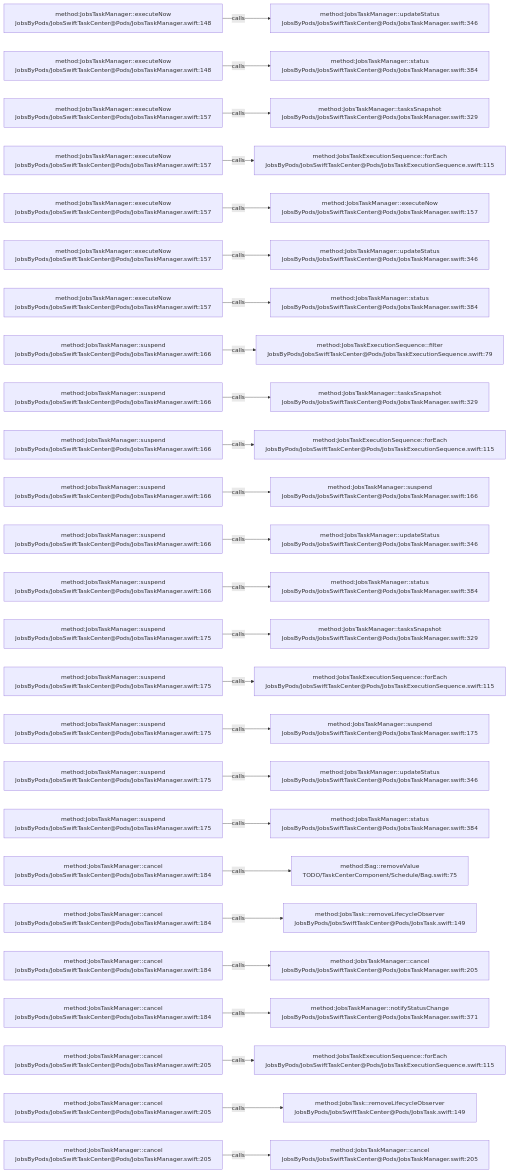
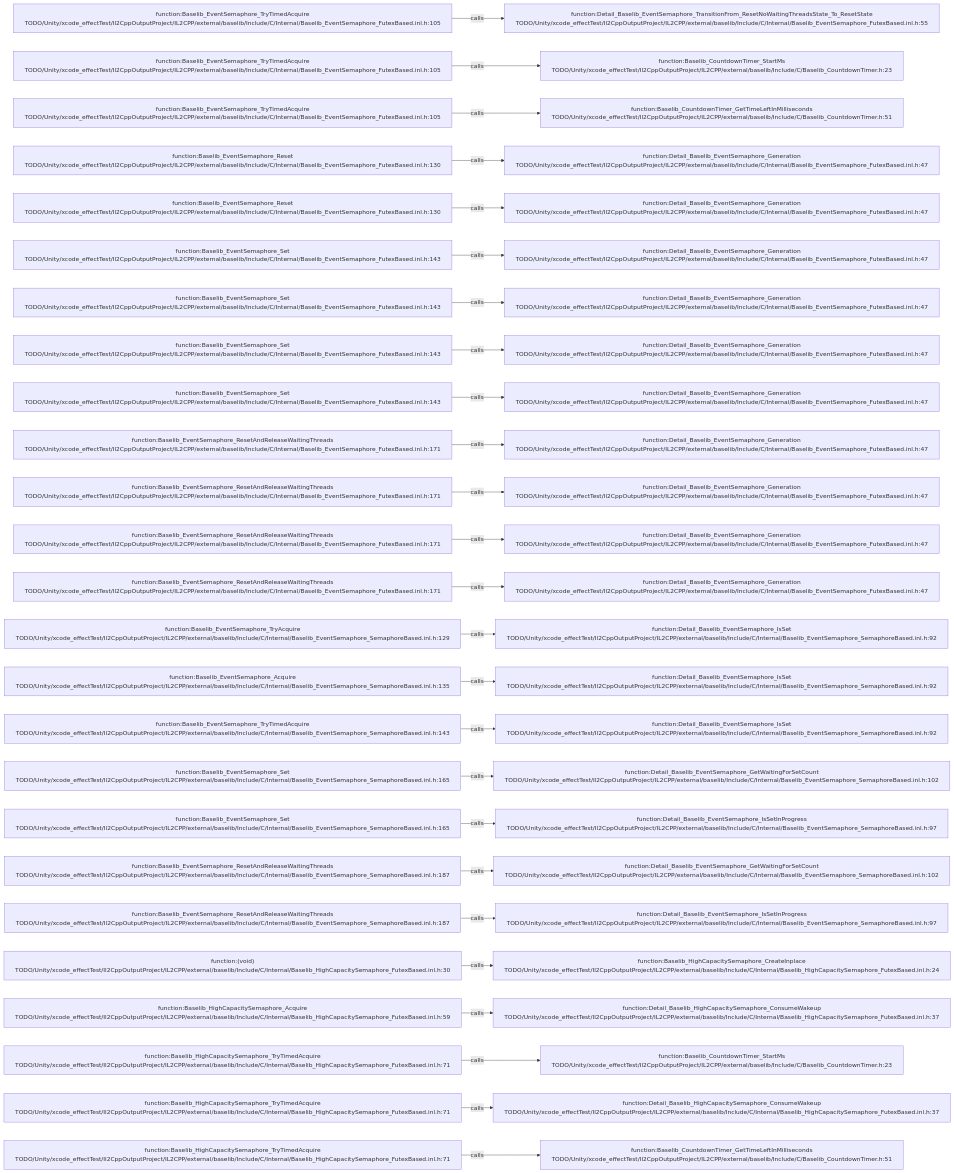
One commit to JobsKits/JobsSwiftBaseConfigDemo changed the diagram in .codegraph/codegraph.md/graphs/calls-056.md. Above: the diagram before and after it, drawn with Mermaid. The commit also changed 227 other files, not shown here.

````diff
--- a/.codegraph/codegraph.md/graphs/calls-056.md
+++ b/.codegraph/codegraph.md/graphs/calls-056.md
@@ -13,78 +13,78 @@
 ```mermaid
 flowchart LR
-  S1["method:JobsTaskManager::executeNow<br/>JobsByPods/JobsSwiftTaskCenter@Pods/JobsTaskManager.swift:148"]
-  T1["method:JobsTaskManager::updateStatus<br/>JobsByPods/JobsSwiftTaskCenter@Pods/JobsTaskManager.swift:346"]
+  S1["function:Baselib_EventSemaphore_TryTimedAcquire<br/>TODO/Unity/xcode_effectTest/Il2CppOutputProject/IL2CPP/external/baselib/Include/C/Internal/Baselib_EventSemaphore_FutexBased.inl.h:105"]
+  T1["function:Detail_Baselib_EventSemaphore_TransitionFrom_ResetNoWaitingThreadsState_To_ResetState<br/>TODO/Unity/xcode_effectTest/Il2CppOutputProject/IL2CPP/external/baselib/Include/C/Internal/Baselib_EventSemaphore_FutexBased.inl.h:55"]
   S1 -->|calls| T1
-  S2["method:JobsTaskManager::executeNow<br/>JobsByPods/JobsSwiftTaskCenter@Pods/JobsTaskManager.swift:148"]
-  T2["method:JobsTaskManager::status<br/>JobsByPods/JobsSwiftTaskCenter@Pods/JobsTaskManager.swift:384"]
+  S2["function:Baselib_EventSemaphore_TryTimedAcquire<br/>TODO/Unity/xcode_effectTest/Il2CppOutputProject/IL2CPP/external/baselib/Include/C/Internal/Baselib_EventSemaphore_FutexBased.inl.h:105"]
+  T2["function:Baselib_CountdownTimer_StartMs<br/>TODO/Unity/xcode_effectTest/Il2CppOutputProject/IL2CPP/external/baselib/Include/C/Baselib_CountdownTimer.h:23"]
   S2 -->|calls| T2
-  S3["method:JobsTaskManager::executeNow<br/>JobsByPods/JobsSwiftTaskCenter@Pods/JobsTaskManager.swift:157"]
-  T3["method:JobsTaskManager::tasksSnapshot<br/>JobsByPods/JobsSwiftTaskCenter@Pods/JobsTaskManager.swift:329"]
+  S3["function:Baselib_EventSemaphore_TryTimedAcquire<br/>TODO/Unity/xcode_effectTest/Il2CppOutputProject/IL2CPP/external/baselib/Include/C/Internal/Baselib_EventSemaphore_FutexBased.inl.h:105"]
+  T3["function:Baselib_CountdownTimer_GetTimeLeftInMilliseconds<br/>TODO/Unity/xcode_effectTest/Il2CppOutputProject/IL2CPP/external/baselib/Include/C/Baselib_CountdownTimer.h:51"]
   S3 -->|calls| T3
-  S4["method:JobsTaskManager::executeNow<br/>JobsByPods/JobsSwiftTaskCenter@Pods/JobsTaskManager.swift:157"]
-  T4["method:JobsTaskExecutionSequence::forEach<br/>JobsByPods/JobsSwiftTaskCenter@Pods/JobsTaskExecutionSequence.swift:115"]
+  S4["function:Baselib_EventSemaphore_Reset<br/>TODO/Unity/xcode_effectTest/Il2CppOutputProject/IL2CPP/external/baselib/Include/C/Internal/Baselib_EventSemaphore_FutexBased.inl.h:130"]
+  T4["function:Detail_Baselib_EventSemaphore_Generation<br/>TODO/Unity/xcode_effectTest/Il2CppOutputProject/IL2CPP/external/baselib/Include/C/Internal/Baselib_EventSemaphore_FutexBased.inl.h:47"]
   S4 -->|calls| T4
-  S5["method:JobsTaskManager::executeNow<br/>JobsByPods/JobsSwiftTaskCenter@Pods/JobsTaskManager.swift:157"]
-  T5["method:JobsTaskManager::executeNow<br/>JobsByPods/JobsSwiftTaskCenter@Pods/JobsTaskManager.swift:157"]
+  S5["function:Baselib_EventSemaphore_Reset<br/>TODO/Unity/xcode_effectTest/Il2CppOutputProject/IL2CPP/external/baselib/Include/C/Internal/Baselib_EventSemaphore_FutexBased.inl.h:130"]
+  T5["function:Detail_Baselib_EventSemaphore_Generation<br/>TODO/Unity/xcode_effectTest/Il2CppOutputProject/IL2CPP/external/baselib/Include/C/Internal/Baselib_EventSemaphore_FutexBased.inl.h:47"]
   S5 -->|calls| T5
-  S6["method:JobsTaskManager::executeNow<br/>JobsByPods/JobsSwiftTaskCenter@Pods/JobsTaskManager.swift:157"]
-  T6["method:JobsTaskManager::updateStatus<br/>JobsByPods/JobsSwiftTaskCenter@Pods/JobsTaskManager.swift:346"]
+  S6["function:Baselib_EventSemaphore_Set<br/>TODO/Unity/xcode_effectTest/Il2CppOutputProject/IL2CPP/external/baselib/Include/C/Internal/Baselib_EventSemaphore_FutexBased.inl.h:143"]
+  T6["function:Detail_Baselib_EventSemaphore_Generation<br/>TODO/Unity/xcode_effectTest/Il2CppOutputProject/IL2CPP/external/baselib/Include/C/Internal/Baselib_EventSemaphore_FutexBased.inl.h:47"]
   S6 -->|calls| T6
-  S7["method:JobsTaskManager::executeNow<br/>JobsByPods/JobsSwiftTaskCenter@Pods/JobsTaskManager.swift:157"]
-  T7["method:JobsTaskManager::status<br/>JobsByPods/JobsSwiftTaskCenter@Pods/JobsTaskManager.swift:384"]
+  S7["function:Baselib_EventSemaphore_Set<br/>TODO/Unity/xcode_effectTest/Il2CppOutputProject/IL2CPP/external/baselib/Include/C/Internal/Baselib_EventSemaphore_FutexBased.inl.h:143"]
+  T7["function:Detail_Baselib_EventSemaphore_Generation<br/>TODO/Unity/xcode_effectTest/Il2CppOutputProject/IL2CPP/external/baselib/Include/C/Internal/Baselib_EventSemaphore_FutexBased.inl.h:47"]
   S7 -->|calls| T7
-  S8["method:JobsTaskManager::suspend<br/>JobsByPods/JobsSwiftTaskCenter@Pods/JobsTaskManager.swift:166"]
-  T8["method:JobsTaskExecutionSequence::filter<br/>JobsByPods/JobsSwiftTaskCenter@Pods/JobsTaskExecutionSequence.swift:79"]
+  S8["function:Baselib_EventSemaphore_Set<br/>TODO/Unity/xcode_effectTest/Il2CppOutputProject/IL2CPP/external/baselib/Include/C/Internal/Baselib_EventSemaphore_FutexBased.inl.h:143"]
+  T8["function:Detail_Baselib_EventSemaphore_Generation<br/>TODO/Unity/xcode_effectTest/Il2CppOutputProject/IL2CPP/external/baselib/Include/C/Internal/Baselib_EventSemaphore_FutexBased.inl.h:47"]
   S8 -->|calls| T8
-  S9["method:JobsTaskManager::suspend<br/>JobsByPods/JobsSwiftTaskCenter@Pods/JobsTaskManager.swift:166"]
-  T9["method:JobsTaskManager::tasksSnapshot<br/>JobsByPods/JobsSwiftTaskCenter@Pods/JobsTaskManager.swift:329"]
+  S9["function:Baselib_EventSemaphore_Set<br/>TODO/Unity/xcode_effectTest/Il2CppOutputProject/IL2CPP/external/baselib/Include/C/Internal/Baselib_EventSemaphore_FutexBased.inl.h:143"]
+  T9["function:Detail_Baselib_EventSemaphore_Generation<br/>TODO/Unity/xcode_effectTest/Il2CppOutputProject/IL2CPP/external/baselib/Include/C/Internal/Baselib_EventSemaphore_FutexBased.inl.h:47"]
   S9 -->|calls| T9
-  S10["method:JobsTaskManager::suspend<br/>JobsByPods/JobsSwiftTaskCenter@Pods/JobsTaskManager.swift:166"]
-  T10["method:JobsTaskExecutionSequence::forEach<br/>JobsByPods/JobsSwiftTaskCenter@Pods/JobsTaskExecutionSequence.swift:115"]
+  S10["function:Baselib_EventSemaphore_ResetAndReleaseWaitingThreads<br/>TODO/Unity/xcode_effectTest/Il2CppOutputProject/IL2CPP/external/baselib/Include/C/Internal/Baselib_EventSemaphore_FutexBased.inl.h:171"]
+  T10["function:Detail_Baselib_EventSemaphore_Generation<br/>TODO/Unity/xcode_effectTest/Il2CppOutputProject/IL2CPP/external/baselib/Include/C/Internal/Baselib_EventSemaphore_FutexBased.inl.h:47"]
   S10 -->|calls| T10
-  S11["method:JobsTaskManager::suspend<br/>JobsByPods/JobsSwiftTaskCenter@Pods/JobsTaskManager.swift:166"]
-  T11["method:JobsTaskManager::suspend<br/>JobsByPods/JobsSwiftTaskCenter@Pods/JobsTaskManager.swift:166"]
+  S11["function:Baselib_EventSemaphore_ResetAndReleaseWaitingThreads<br/>TODO/Unity/xcode_effectTest/Il2CppOutputProject/IL2CPP/external/baselib/Include/C/Internal/Baselib_EventSemaphore_FutexBased.inl.h:171"]
+  T11["function:Detail_Baselib_EventSemaphore_Generation<br/>TODO/Unity/xcode_effectTest/Il2CppOutputProject/IL2CPP/external/baselib/Include/C/Internal/Baselib_EventSemaphore_FutexBased.inl.h:47"]
   S11 -->|calls| T11
-  S12["method:JobsTaskManager::suspend<br/>JobsByPods/JobsSwiftTaskCenter@Pods/JobsTaskManager.swift:166"]
-  T12["method:JobsTaskManager::updateStatus<br/>JobsByPods/JobsSwiftTaskCenter@Pods/JobsTaskManager.swift:346"]
+  S12["function:Baselib_EventSemaphore_ResetAndReleaseWaitingThreads<br/>TODO/Unity/xcode_effectTest/Il2CppOutputProject/IL2CPP/external/baselib/Include/C/Internal/Baselib_EventSemaphore_FutexBased.inl.h:171"]
+  T12["function:Detail_Baselib_EventSemaphore_Generation<br/>TODO/Unity/xcode_effectTest/Il2CppOutputProject/IL2CPP/external/baselib/Include/C/Internal/Baselib_EventSemaphore_FutexBased.inl.h:47"]
   S12 -->|calls| T12
-  S13["method:JobsTaskManager::suspend<br/>JobsByPods/JobsSwiftTaskCenter@Pods/JobsTaskManager.swift:166"]
-  T13["method:JobsTaskManager::status<br/>JobsByPods/JobsSwiftTaskCenter@Pods/JobsTaskManager.swift:384"]
+  S13["function:Baselib_EventSemaphore_ResetAndReleaseWaitingThreads<br/>TODO/Unity/xcode_effectTest/Il2CppOutputProject/IL2CPP/external/baselib/Include/C/Internal/Baselib_EventSemaphore_FutexBased.inl.h:171"]
+  T13["function:Detail_Baselib_EventSemaphore_Generation<br/>TODO/Unity/xcode_effectTest/Il2CppOutputProject/IL2CPP/external/baselib/Include/C/Internal/Baselib_EventSemaphore_FutexBased.inl.h:47"]
   S13 -->|calls| T13
-  S14["method:JobsTaskManager::suspend<br/>JobsByPods/JobsSwiftTaskCenter@Pods/JobsTaskManager.swift:175"]
-  T14["method:JobsTaskManager::tasksSnapshot<br/>JobsByPods/JobsSwiftTaskCenter@Pods/JobsTaskManager.swift:329"]
+  S14["function:Baselib_EventSemaphore_TryAcquire<br/>TODO/Unity/xcode_effectTest/Il2CppOutputProject/IL2CPP/external/baselib/Include/C/Internal/Baselib_EventSemaphore_SemaphoreBased.inl.h:129"]
+  T14["function:Detail_Baselib_EventSemaphore_IsSet<br/>TODO/Unity/xcode_effectTest/Il2CppOutputProject/IL2CPP/external/baselib/Include/C/Internal/Baselib_EventSemaphore_SemaphoreBased.inl.h:92"]
   S14 -->|calls| T14
-  S15["method:JobsTaskManager::suspend<br/>JobsByPods/JobsSwiftTaskCenter@Pods/JobsTaskManager.swift:175"]
-  T15["method:JobsTaskExecutionSequence::forEach<br/>JobsByPods/JobsSwiftTaskCenter@Pods/JobsTaskExecutionSequence.swift:115"]
+  S15["function:Baselib_EventSemaphore_Acquire<br/>TODO/Unity/xcode_effectTest/Il2CppOutputProject/IL2CPP/external/baselib/Include/C/Internal/Baselib_EventSemaphore_SemaphoreBased.inl.h:135"]
+  T15["function:Detail_Baselib_EventSemaphore_IsSet<br/>TODO/Unity/xcode_effectTest/Il2CppOutputProject/IL2CPP/external/baselib/Include/C/Internal/Baselib_EventSemaphore_SemaphoreBased.inl.h:92"]
   S15 -->|calls| T15
-  S16["method:JobsTaskManager::suspend<br/>JobsByPods/JobsSwiftTaskCenter@Pods/JobsTaskManager.swift:175"]
-  T16["method:JobsTaskManager::suspend<br/>JobsByPods/JobsSwiftTaskCenter@Pods/JobsTaskManager.swift:175"]
+  S16["function:Baselib_EventSemaphore_TryTimedAcquire<br/>TODO/Unity/xcode_effectTest/Il2CppOutputProject/IL2CPP/external/baselib/Include/C/Internal/Baselib_EventSemaphore_SemaphoreBased.inl.h:143"]
+  T16["function:Detail_Baselib_EventSemaphore_IsSet<br/>TODO/Unity/xcode_effectTest/Il2CppOutputProject/IL2CPP/external/baselib/Include/C/Internal/Baselib_EventSemaphore_SemaphoreBased.inl.h:92"]
   S16 -->|calls| T16
-  S17["method:JobsTaskManager::suspend<br/>JobsByPods/JobsSwiftTaskCenter@Pods/JobsTaskManager.swift:175"]
-  T17["method:JobsTaskManager::updateStatus<br/>JobsByPods/JobsSwiftTaskCenter@Pods/JobsTaskManager.swift:346"]
+  S17["function:Baselib_EventSemaphore_Set<br/>TODO/Unity/xcode_effectTest/Il2CppOutputProject/IL2CPP/external/baselib/Include/C/Internal/Baselib_EventSemaphore_SemaphoreBased.inl.h:165"]
+  T17["function:Detail_Baselib_EventSemaphore_GetWaitingForSetCount<br/>TODO/Unity/xcode_effectTest/Il2CppOutputProject/IL2CPP/external/baselib/Include/C/Internal/Baselib_EventSemaphore_SemaphoreBased.inl.h:102"]
   S17 -->|calls| T17
-  S18["method:JobsTaskManager::suspend<br/>JobsByPods/JobsSwiftTaskCenter@Pods/JobsTaskManager.swift:175"]
-  T18["method:JobsTaskManager::status<br/>JobsByPods/JobsSwiftTaskCenter@Pods/JobsTaskManager.swift:384"]
+  S18["function:Baselib_EventSemaphore_Set<br/>TODO/Unity/xcode_effectTest/Il2CppOutputProject/IL2CPP/external/baselib/Include/C/Internal/Baselib_EventSemaphore_SemaphoreBased.inl.h:165"]
+  T18["function:Detail_Baselib_EventSemaphore_IsSetInProgress<br/>TODO/Unity/xcode_effectTest/Il2CppOutputProject/IL2CPP/external/baselib/Include/C/Internal/Baselib_EventSemaphore_SemaphoreBased.inl.h:97"]
   S18 -->|calls| T18
-  S19["method:JobsTaskManager::cancel<br/>JobsByPods/JobsSwiftTaskCenter@Pods/JobsTaskManager.swift:184"]
-  T19["method:Bag::removeValue<br/>TODO/TaskCenterComponent/Schedule/Bag.swift:75"]
+  S19["function:Baselib_EventSemaphore_ResetAndReleaseWaitingThreads<br/>TODO/Unity/xcode_effectTest/Il2CppOutputProject/IL2CPP/external/baselib/Include/C/Internal/Baselib_EventSemaphore_SemaphoreBased.inl.h:187"]
+  T19["function:Detail_Baselib_EventSemaphore_GetWaitingForSetCount<br/>TODO/Unity/xcode_effectTest/Il2CppOutputProject/IL2CPP/external/baselib/Include/C/Internal/Baselib_EventSemaphore_SemaphoreBased.inl.h:102"]
   S19 -->|calls| T19
-  S20["method:JobsTaskManager::cancel<br/>JobsByPods/JobsSwiftTaskCenter@Pods/JobsTaskManager.swift:184"]
-  T20["method:JobsTask::removeLifecycleObserver<br/>JobsByPods/JobsSwiftTaskCenter@Pods/JobsTask.swift:149"]
+  S20["function:Baselib_EventSemaphore_ResetAndReleaseWaitingThreads<br/>TODO/Unity/xcode_effectTest/Il2CppOutputProject/IL2CPP/external/baselib/Include/C/Internal/Baselib_EventSemaphore_SemaphoreBased.inl.h:187"]
+  T20["function:Detail_Baselib_EventSemaphore_IsSetInProgress<br/>TODO/Unity/xcode_effectTest/Il2CppOutputProject/IL2CPP/external/baselib/Include/C/Internal/Baselib_EventSemaphore_SemaphoreBased.inl.h:97"]
   S20 -->|calls| T20
-  S21["method:JobsTaskManager::cancel<br/>JobsByPods/JobsSwiftTaskCenter@Pods/JobsTaskManager.swift:184"]
-  T21["method:JobsTaskManager::cancel<br/>JobsByPods/JobsSwiftTaskCenter@Pods/JobsTaskManager.swift:205"]
+  S21["function:(void)<br/>TODO/Unity/xcode_effectTest/Il2CppOutputProject/IL2CPP/external/baselib/Include/C/Internal/Baselib_HighCapacitySemaphore_FutexBased.inl.h:30"]
+  T21["function:Baselib_HighCapacitySemaphore_CreateInplace<br/>TODO/Unity/xcode_effectTest/Il2CppOutputProject/IL2CPP/external/baselib/Include/C/Internal/Baselib_HighCapacitySemaphore_FutexBased.inl.h:24"]
   S21 -->|calls| T21
-  S22["method:JobsTaskManager::cancel<br/>JobsByPods/JobsSwiftTaskCenter@Pods/JobsTaskManager.swift:184"]
-  T22["method:JobsTaskManager::notifyStatusChange<br/>JobsByPods/JobsSwiftTaskCenter@Pods/JobsTaskManager.swift:371"]
+  S22["function:Baselib_HighCapacitySemaphore_Acquire<br/>TODO/Unity/xcode_effectTest/Il2CppOutputProject/IL2CPP/external/baselib/Include/C/Internal/Baselib_HighCapacitySemaphore_FutexBased.inl.h:59"]
+  T22["function:Detail_Baselib_HighCapacitySemaphore_ConsumeWakeup<br/>TODO/Unity/xcode_effectTest/Il2CppOutputProject/IL2CPP/external/baselib/Include/C/Internal/Baselib_HighCapacitySemaphore_FutexBased.inl.h:37"]
   S22 -->|calls| T22
-  S23["method:JobsTaskManager::cancel<br/>JobsByPods/JobsSwiftTaskCenter@Pods/JobsTaskManager.swift:205"]
-  T23["method:JobsTaskExecutionSequence::forEach<br/>JobsByPods/JobsSwiftTaskCenter@Pods/JobsTaskExecutionSequence.swift:115"]
+  S23["function:Baselib_HighCapacitySemaphore_TryTimedAcquire<br/>TODO/Unity/xcode_effectTest/Il2CppOutputProject/IL2CPP/external/baselib/Include/C/Internal/Baselib_HighCapacitySemaphore_FutexBased.inl.h:71"]
+  T23["function:Baselib_CountdownTimer_StartMs<br/>TODO/Unity/xcode_effectTest/Il2CppOutputProject/IL2CPP/external/baselib/Include/C/Baselib_CountdownTimer.h:23"]
   S23 -->|calls| T23
-  S24["method:JobsTaskManager::cancel<br/>JobsByPods/JobsSwiftTaskCenter@Pods/JobsTaskManager.swift:205"]
-  T24["method:JobsTask::removeLifecycleObserver<br/>JobsByPods/JobsSwiftTaskCenter@Pods/JobsTask.swift:149"]
+  S24["function:Baselib_HighCapacitySemaphore_TryTimedAcquire<br/>TODO/Unity/xcode_effectTest/Il2CppOutputProject/IL2CPP/external/baselib/Include/C/Internal/Baselib_HighCapacitySemaphore_FutexBased.inl.h:71"]
+  T24["function:Detail_Baselib_HighCapacitySemaphore_ConsumeWakeup<br/>TODO/Unity/xcode_effectTest/Il2CppOutputProject/IL2CPP/external/baselib/Include/C/Internal/Baselib_HighCapacitySemaphore_FutexBased.inl.h:37"]
   S24 -->|calls| T24
-  S25["method:JobsTaskManager::cancel<br/>JobsByPods/JobsSwiftTaskCenter@Pods/JobsTaskManager.swift:205"]
-  T25["method:JobsTaskManager::cancel<br/>JobsByPods/JobsSwiftTaskCenter@Pods/JobsTaskManager.swift:205"]
+  S25["function:Baselib_HighCapacitySemaphore_TryTimedAcquire<br/>TODO/Unity/xcode_effectTest/Il2CppOutputProject/IL2CPP/external/baselib/Include/C/Internal/Baselib_HighCapacitySemaphore_FutexBased.inl.h:71"]
+  T25["function:Baselib_CountdownTimer_GetTimeLeftInMilliseconds<br/>TODO/Unity/xcode_effectTest/Il2CppOutputProject/IL2CPP/external/baselib/Include/C/Baselib_CountdownTimer.h:51"]
   S25 -->|calls| T25
 ```
````
